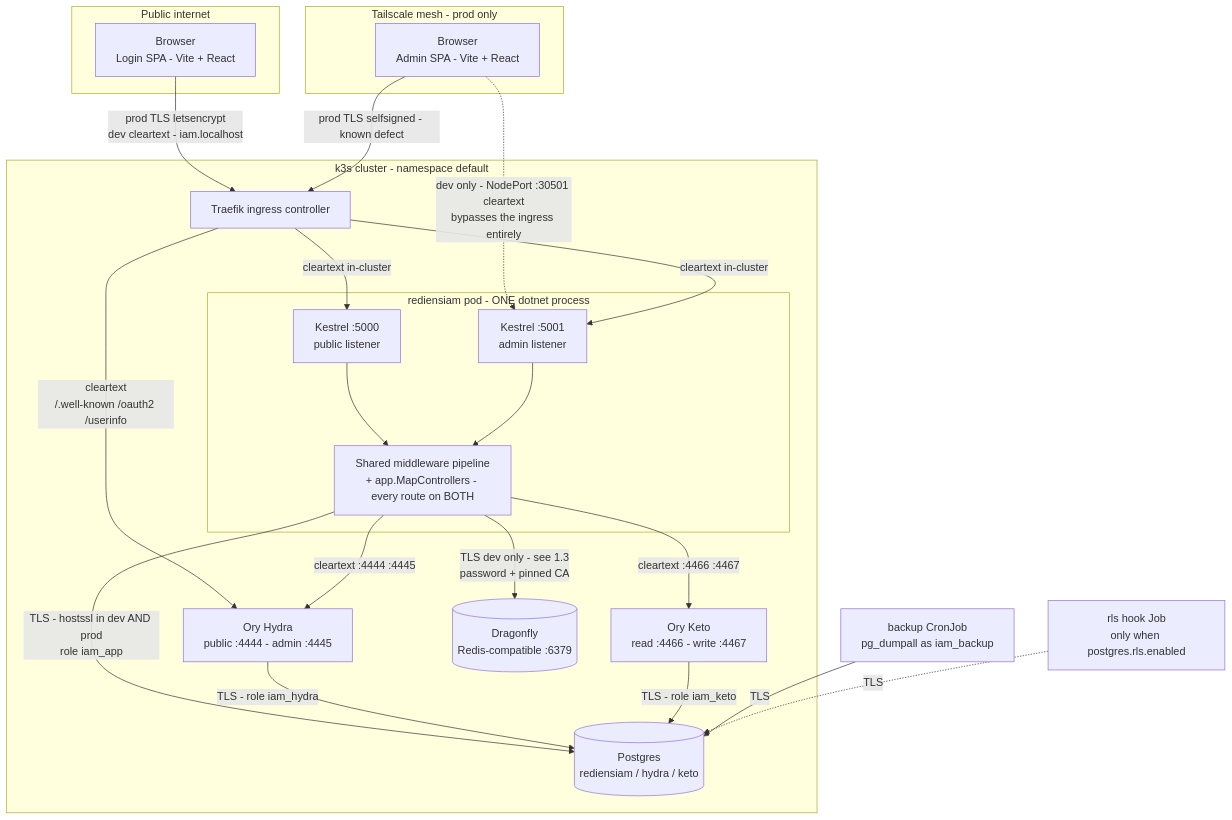
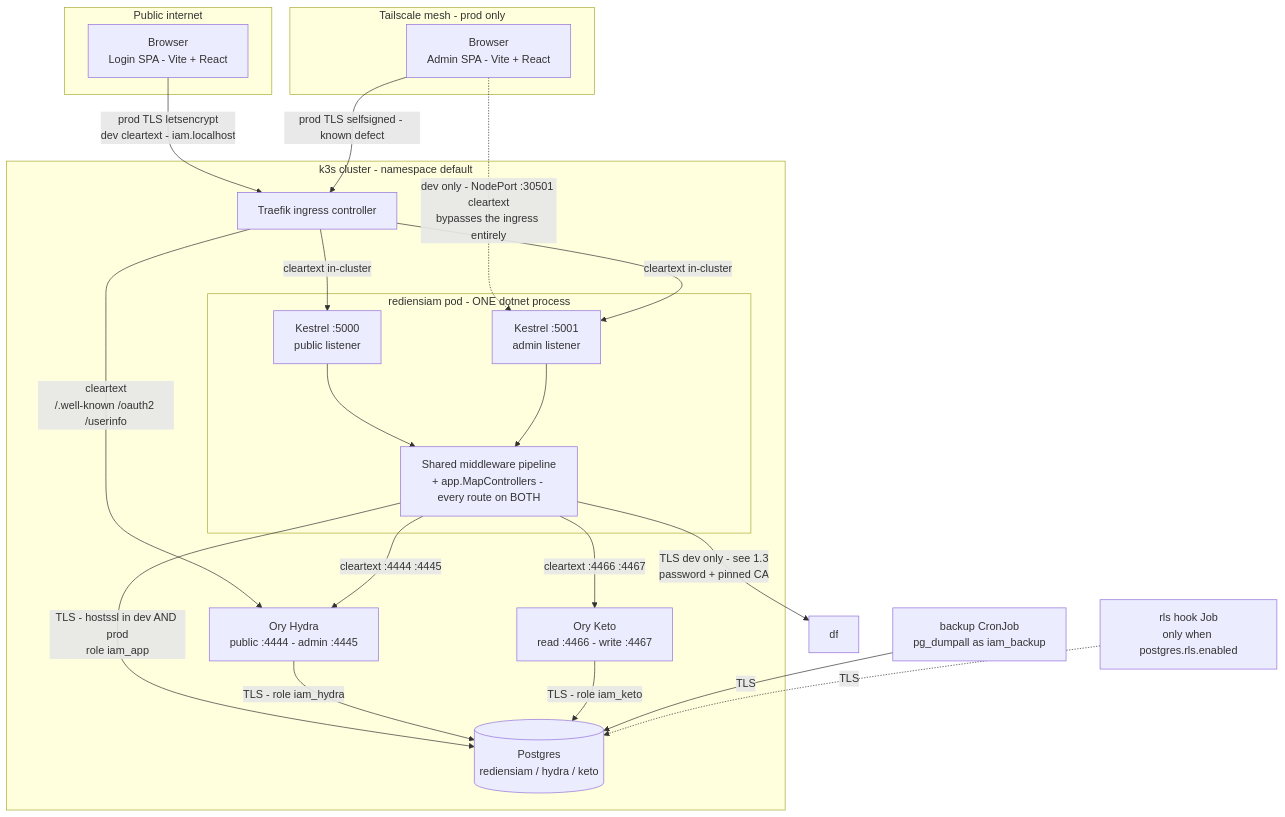
One commit to GuillaumeCariou/RediensIAM changed the first of 27 diagrams in docs/DIAGRAMS.md. Above: the diagram before and after it, drawn with Mermaid. The commit also changed other lines of this file and 93 other files, not shown here.

````diff
--- a/docs/DIAGRAMS.md
+++ b/docs/DIAGRAMS.md
@@ -27,45 +27,44 @@
 ```mermaid
 flowchart TB
     subgraph internet["Public internet"]
         browser["Browser<br/>Login SPA - Vite + React"]
     end
     subgraph mesh["Tailscale mesh - prod only"]
         adminbrowser["Browser<br/>Admin SPA - Vite + React"]
     end
 
     subgraph cluster["k3s cluster - namespace default"]
         traefik["Traefik ingress controller"]
 
         subgraph pod["rediensiam pod - ONE dotnet process"]
             p5000["Kestrel :5000<br/>public listener"]
             p5001["Kestrel :5001<br/>admin listener"]
             mvc["Shared middleware pipeline<br/>+ app.MapControllers - every route on BOTH"]
             p5000 --> mvc
             p5001 --> mvc
         end
 
         hydra["Ory Hydra<br/>public :4444 - admin :4445"]
         keto["Ory Keto<br/>read :4466 - write :4467"]
         pg[("Postgres<br/>rediensiam / hydra / keto")]
-        df[("Dragonfly<br/>Redis-compatible :6379")]
     end
 
     browser -->|"prod TLS letsencrypt<br/>dev cleartext - iam.localhost"| traefik
     adminbrowser -->|"prod TLS selfsigned - known defect"| traefik
     adminbrowser -.->|"dev only - NodePort :30501 cleartext<br/>bypasses the ingress entirely"| p5001
 
     traefik -->|"cleartext in-cluster"| p5000
     traefik -->|"cleartext in-cluster"| p5001
     traefik -->|"cleartext<br/>/.well-known /oauth2 /userinfo"| hydra
 
     mvc -->|"cleartext :4444 :4445"| hydra
     mvc -->|"cleartext :4466 :4467"| keto
     mvc -->|"TLS - hostssl in dev AND prod<br/>role iam_app"| pg
     mvc -->|"TLS dev only - see 1.3<br/>password + pinned CA"| df
 
     hydra -->|"TLS - role iam_hydra"| pg
     keto -->|"TLS - role iam_keto"| pg
 
     backup["backup CronJob<br/>pg_dumpall as iam_backup"] -->|"TLS"| pg
     rlsjob["rls hook Job<br/>only when postgres.rls.enabled"] -.->|"TLS"| pg
 ```
````
